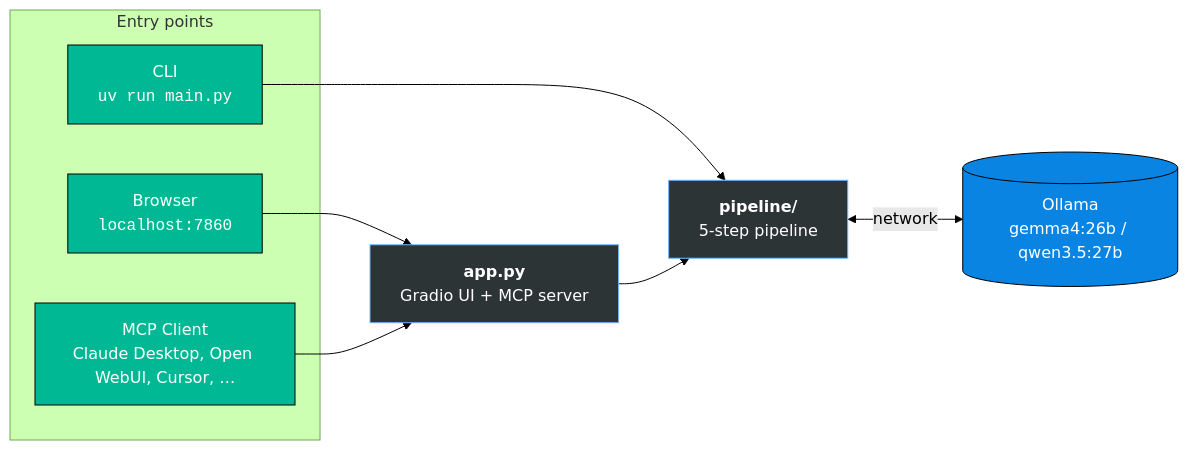
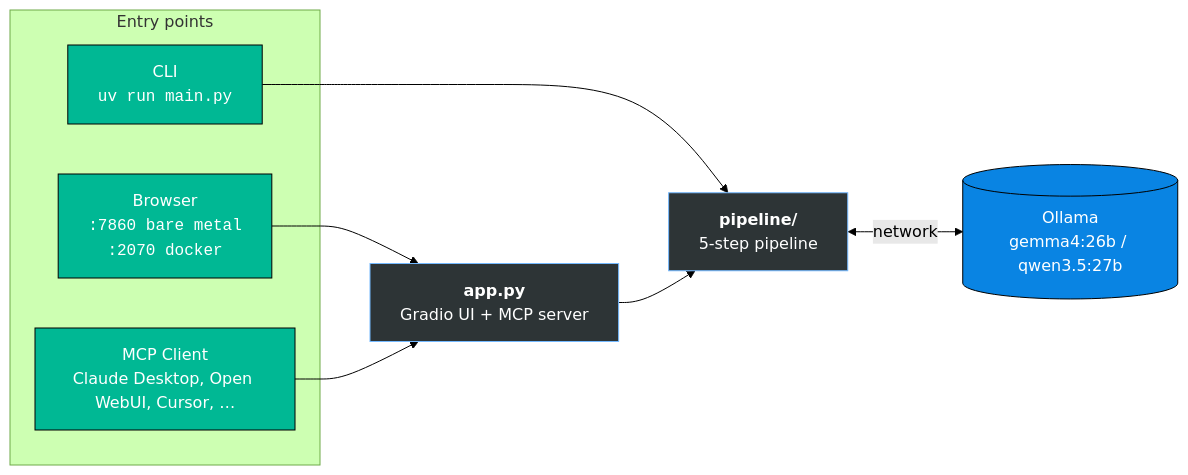
The first of 5 diagrams in README.md (dattazigzag/moonshine_transcription_summerizer), drawn with Mermaid (forest theme) before and after one commit. The commit also changed other lines of this file, not shown here.

````diff
--- a/README.md
+++ b/README.md
@@ -12,23 +12,23 @@
 ```mermaid
 graph LR
     subgraph "Entry points"
         CLI["CLI<br/><code>uv run main.py</code>"]
-        WEB["Browser<br/><code>localhost:7860</code>"]
+        WEB["Browser<br/><code>:7860 bare metal</code><br/><code>:2070 docker</code>"]
         MCP["MCP Client<br/>Claude Desktop, Open WebUI, Cursor, …"]
     end
 
     WEB --> APP
     MCP --> APP["<b>app.py</b><br/>Gradio UI + MCP server"]
 
     CLI --> PIPE["<b>pipeline/</b><br/>5-step pipeline"]
     APP --> PIPE
 
     PIPE <-->|network| OLL[("Ollama<br/>gemma4:26b / qwen3.5:27b")]
 
     classDef entry fill:#00b894,stroke:#000,color:#fff;
     classDef core fill:#2d3436,stroke:#74b9ff,color:#fff;
     classDef infra fill:#0984e3,stroke:#000,color:#fff;
     class CLI,WEB,MCP entry;
     class APP,PIPE core;
     class OLL infra;
 ```
````
